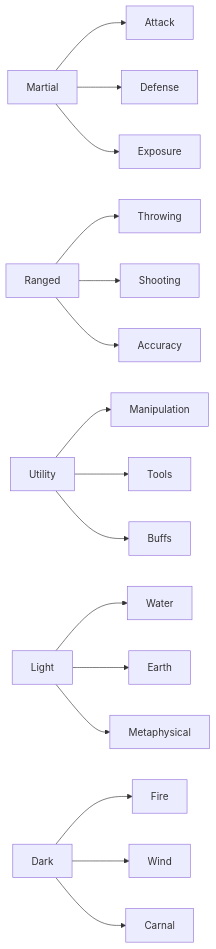
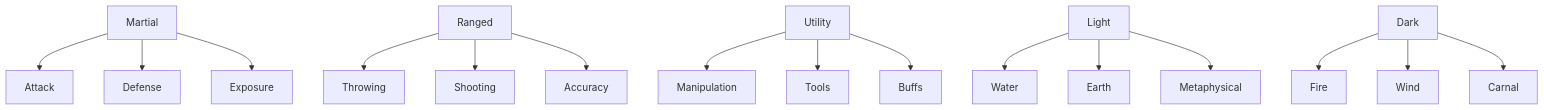
One commit to adam-page/adam-page.github.io changed the diagram in _posts/That Game/2019-05-20-character-proto.md. Above: the diagram before and after it, drawn with Mermaid. The commit also changed 1 other file, not shown here.

Commit message:
Updated proto diagram

````diff
--- a/_posts/That Game/2019-05-20-character-proto.md
+++ b/_posts/That Game/2019-05-20-character-proto.md
@@ -202,18 +202,18 @@
 ```mermaid
-graph LR
+graph TD
 	Martial-->Attack
 	Martial-->Defense
 	Martial-->Exposure
 	Ranged-->Throwing
 	Ranged-->Shooting
 	Ranged-->Accuracy
 	Utility-->Manipulation
 	Utility-->Tools
 	Utility-->Buffs
 	Light-->Water
 	Light-->Earth
 	Light-->Metaphysical
 	Dark-->Fire
 	Dark-->Wind
 	Dark-->Carnal
 ```
````
